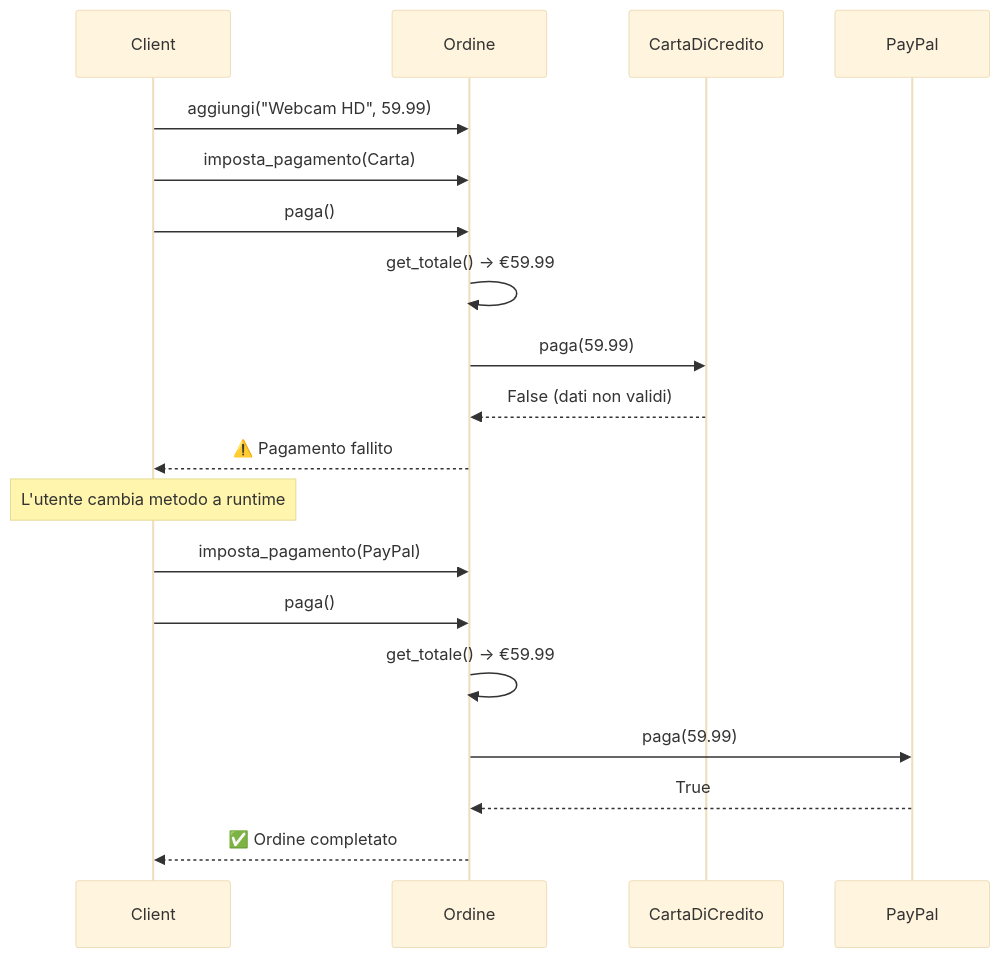
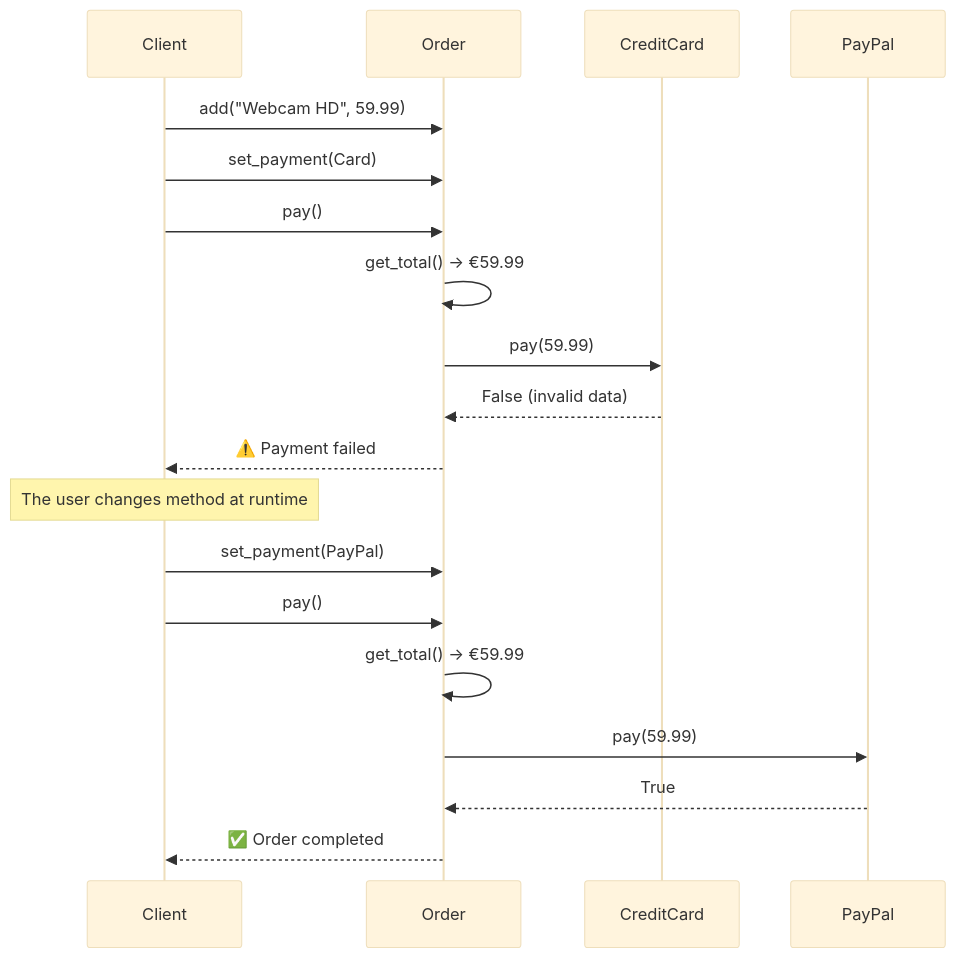
The third of 3 diagrams in 03_behavioral/strategy/README.md (lucadileo9/design-pattern), drawn with Mermaid (base theme) before and after one commit. The commit also changed other lines of this file and 43 other files, not shown here.

````diff
--- a/03_behavioral/strategy/README.md
+++ b/03_behavioral/strategy/README.md
@@ -106,24 +106,24 @@
 ```mermaid
 sequenceDiagram
     participant Client
-    participant Ordine
-    participant Carta as CartaDiCredito
+    participant Order
+    participant Card as CreditCard
     participant PP as PayPal
 
-    Client->>Ordine: aggiungi("Webcam HD", 59.99)
-    Client->>Ordine: imposta_pagamento(Carta)
-    Client->>Ordine: paga()
-    Ordine->>Ordine: get_totale() → €59.99
-    Ordine->>Carta: paga(59.99)
-    Carta-->>Ordine: False (dati non validi)
-    Ordine-->>Client: ⚠️ Pagamento fallito
+    Client->>Order: add("Webcam HD", 59.99)
+    Client->>Order: set_payment(Card)
+    Client->>Order: pay()
+    Order->>Order: get_total() → €59.99
+    Order->>Card: pay(59.99)
+    Card-->>Order: False (invalid data)
+    Order-->>Client: ⚠️ Payment failed
 
-    Note over Client: L'utente cambia metodo a runtime
+    Note over Client: The user changes method at runtime
 
-    Client->>Ordine: imposta_pagamento(PayPal)
-    Client->>Ordine: paga()
-    Ordine->>Ordine: get_totale() → €59.99
-    Ordine->>PP: paga(59.99)
-    PP-->>Ordine: True
-    Ordine-->>Client: ✅ Ordine completato
+    Client->>Order: set_payment(PayPal)
+    Client->>Order: pay()
+    Order->>Order: get_total() → €59.99
+    Order->>PP: pay(59.99)
+    PP-->>Order: True
+    Order-->>Client: ✅ Order completed
 ```
````
